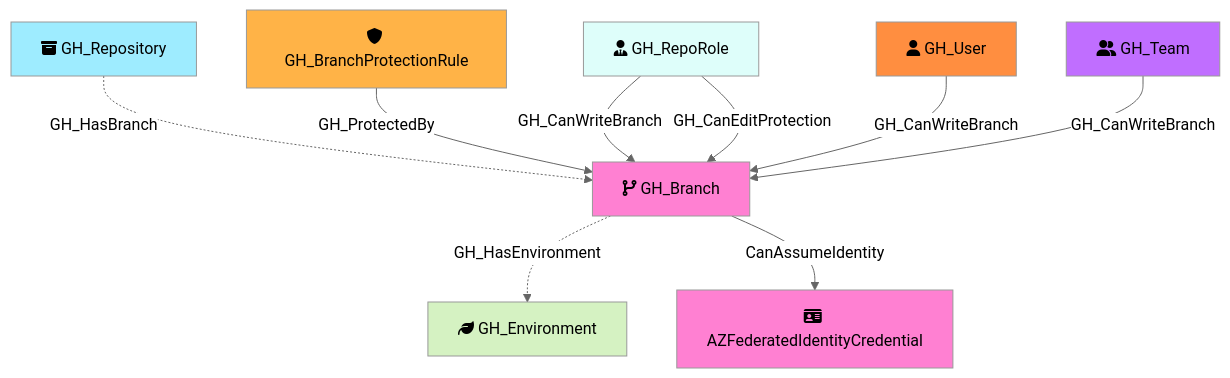
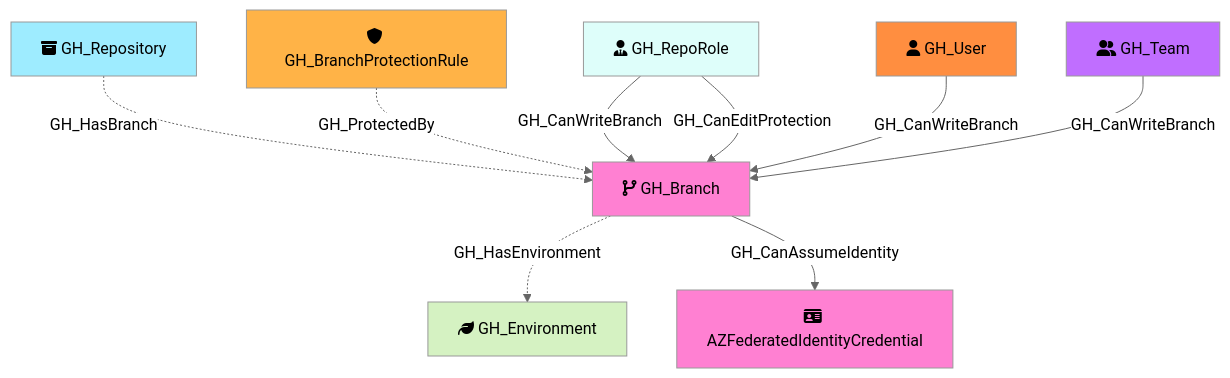
One commit to SpecterOps/GitHound changed the diagram in Documentation/NodeDescriptions/GH_Branch.md. Above: the diagram before and after it, drawn with Mermaid (neutral theme). The commit also changed other lines of this file and 45 other files, not shown here.

````diff
--- a/Documentation/NodeDescriptions/GH_Branch.md
+++ b/Documentation/NodeDescriptions/GH_Branch.md
@@ -41,29 +40,29 @@
 ```mermaid
 flowchart TD
     GH_Branch[fa:fa-code-branch GH_Branch]
     GH_Repository[fa:fa-box-archive GH_Repository]
     GH_RepoRole[fa:fa-user-tie GH_RepoRole]
     GH_BranchProtectionRule[fa:fa-shield GH_BranchProtectionRule]
     GH_Environment[fa:fa-leaf GH_Environment]
     GH_User[fa:fa-user GH_User]
     GH_Team[fa:fa-user-group GH_Team]
     AZFederatedIdentityCredential[fa:fa-id-card AZFederatedIdentityCredential]
 
     style GH_Branch fill:#FF80D2
     style GH_Repository fill:#9EECFF
     style GH_RepoRole fill:#DEFEFA
     style GH_BranchProtectionRule fill:#FFB347
     style GH_Environment fill:#D5F2C2
     style GH_User fill:#FF8E40
     style GH_Team fill:#C06EFF
     style AZFederatedIdentityCredential fill:#FF80D2
 
     GH_Repository -.->|GH_HasBranch| GH_Branch
-    GH_BranchProtectionRule -->|GH_ProtectedBy| GH_Branch
+    GH_BranchProtectionRule -.->|GH_ProtectedBy| GH_Branch
     GH_Branch -.->|GH_HasEnvironment| GH_Environment
-    GH_Branch -->|CanAssumeIdentity| AZFederatedIdentityCredential
+    GH_Branch -->|GH_CanAssumeIdentity| AZFederatedIdentityCredential
     GH_RepoRole -->|GH_CanWriteBranch| GH_Branch
     GH_RepoRole -->|GH_CanEditProtection| GH_Branch
     GH_User -->|GH_CanWriteBranch| GH_Branch
     GH_Team -->|GH_CanWriteBranch| GH_Branch
 ```
````
